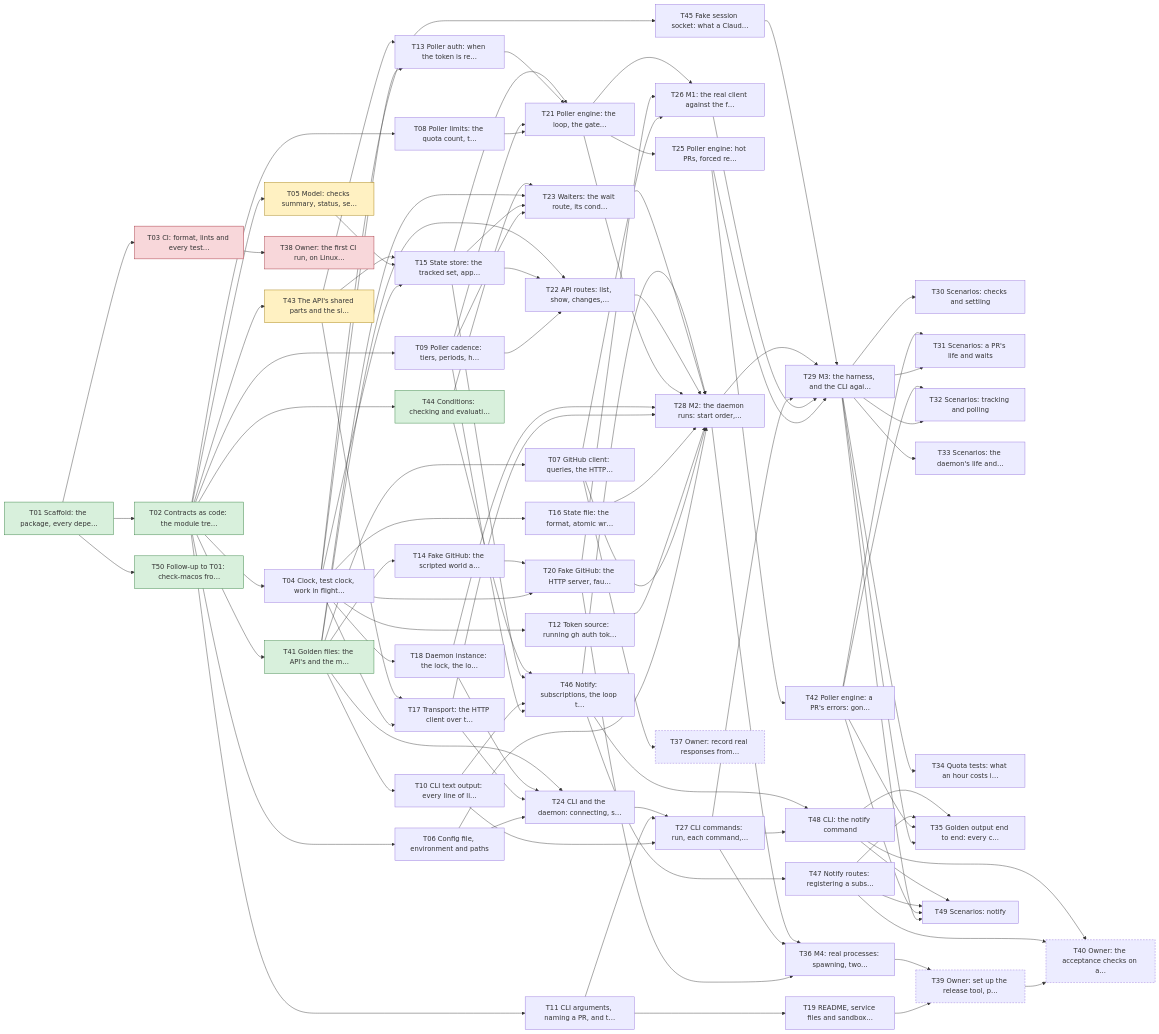
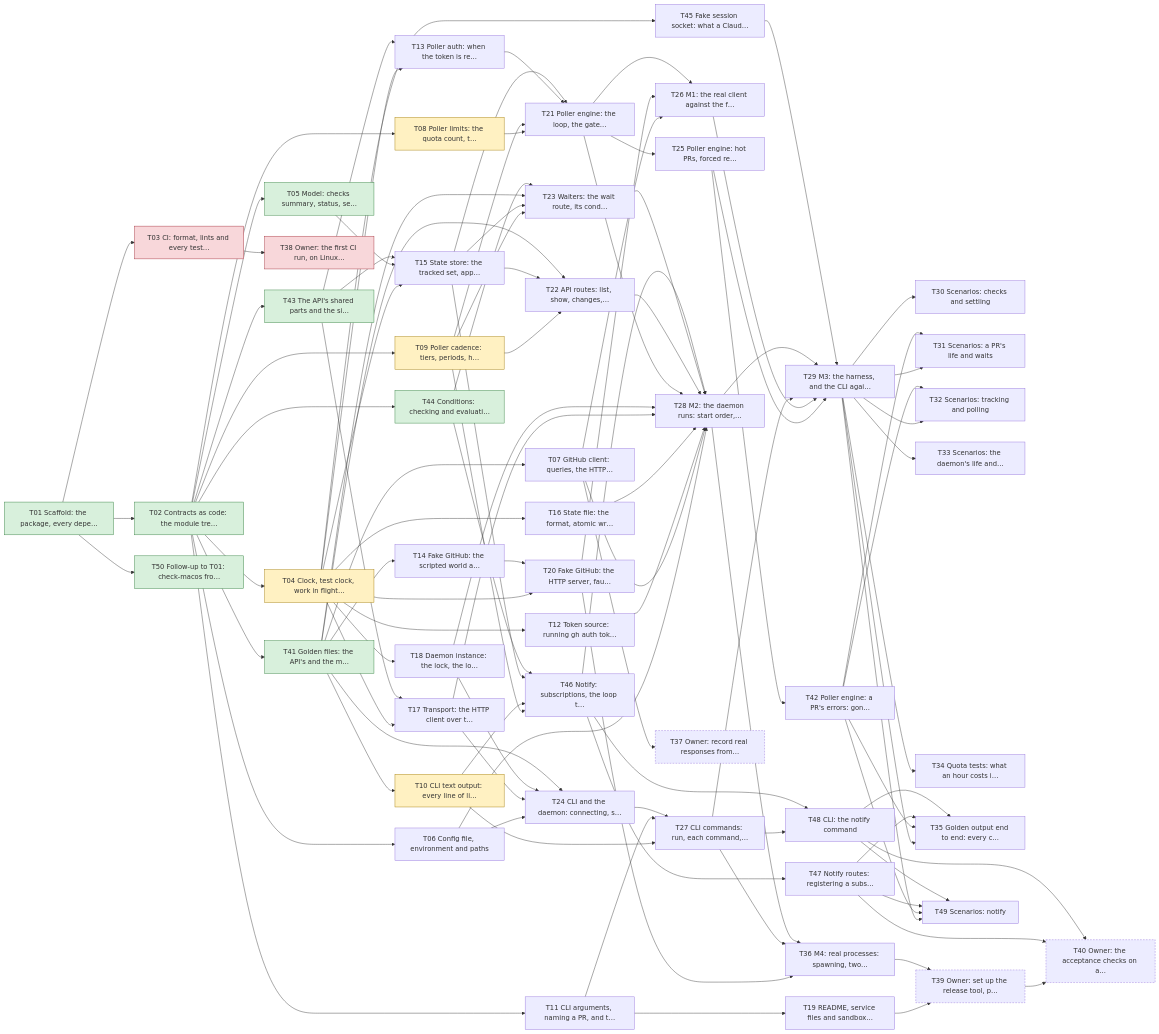
One commit to yachiko/circitor changed the diagram in plan/README.md. Above: the diagram before and after it, drawn with Mermaid. The commit also changed other lines of this file and 7 other files, not shown here.

```diff
--- a/plan/README.md
+++ b/plan/README.md
@@ -140,13 +140,13 @@
   T01["T01 Scaffold: the package, every depe…"]:::done
   T02["T02 Contracts as code: the module tre…"]:::done
   T03["T03 CI: format, lints and every test…"]:::blocked
-  T04["T04 Clock, test clock, work in flight…"]
-  T05["T05 Model: checks summary, status, se…"]:::active
+  T04["T04 Clock, test clock, work in flight…"]:::active
+  T05["T05 Model: checks summary, status, se…"]:::done
   T06["T06 Config file, environment and paths"]
   T07["T07 GitHub client: queries, the HTTP…"]
-  T08["T08 Poller limits: the quota count, t…"]
-  T09["T09 Poller cadence: tiers, periods, h…"]
-  T10["T10 CLI text output: every line of li…"]
+  T08["T08 Poller limits: the quota count, t…"]:::active
+  T09["T09 Poller cadence: tiers, periods, h…"]:::active
+  T10["T10 CLI text output: every line of li…"]:::active
   T11["T11 CLI arguments, naming a PR, and t…"]
   T12["T12 Token source: running gh auth tok…"]
   T13["T13 Poller auth: when the token is re…"]
@@ -179,7 +179,7 @@
   T40["T40 Owner: the acceptance checks on a…"]:::manual
   T41["T41 Golden files: the API's and the m…"]:::done
   T42["T42 Poller engine: a PR's errors: gon…"]
-  T43["T43 The API's shared parts and the si…"]:::active
+  T43["T43 The API's shared parts and the si…"]:::done
   T44["T44 Conditions: checking and evaluati…"]:::done
   T45["T45 Fake session socket: what a Claud…"]
   T46["T46 Notify: subscriptions, the loop t…"]
```
